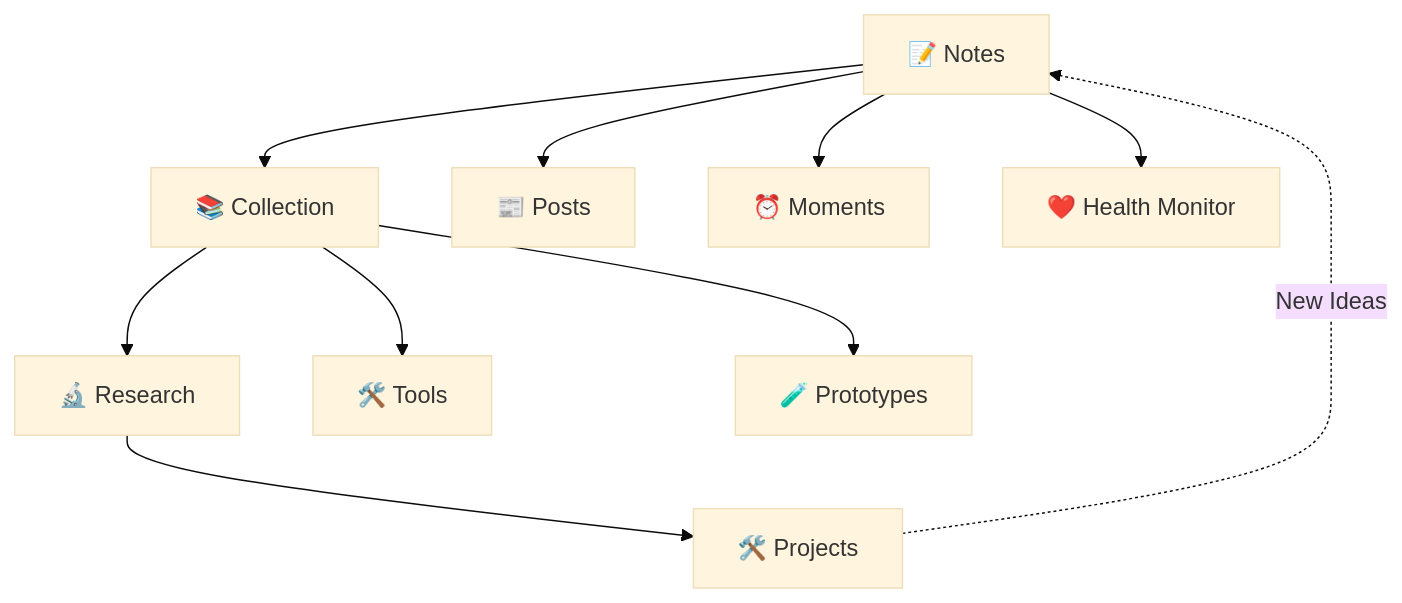
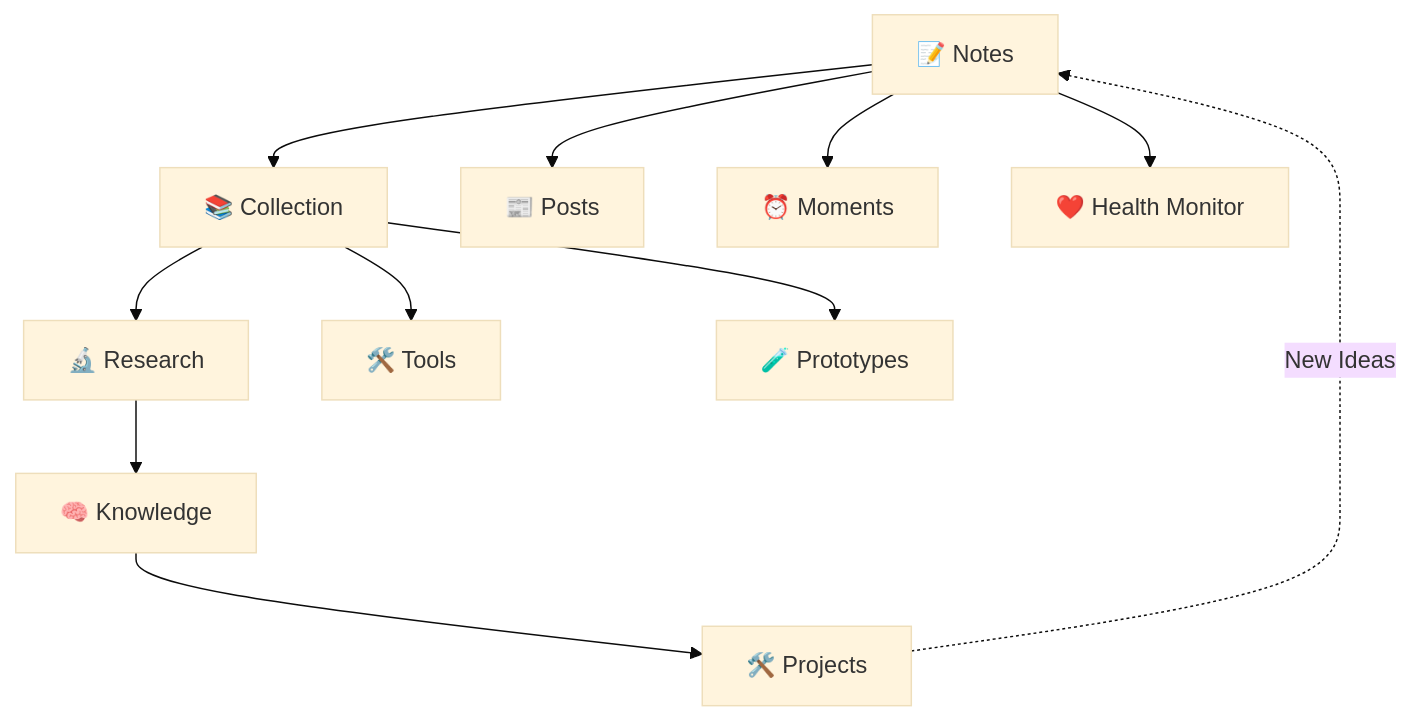
One commit to xiongjia/xiongjia.github.com changed the diagram in docs/notes/_index_content.md. Above: the diagram before and after it, drawn with Mermaid (base theme). The commit also changed other lines of this file and 77 other files, not shown here.

First line of the commit message:
feat(notes): knowledge base with object-storage signed URL topic and content back-link (#44)

````diff
--- a/docs/notes/_index_content.md
+++ b/docs/notes/_index_content.md
@@ -8,22 +10,24 @@
 ```mermaid
 graph TD
   A["📝 Notes"] --> B["📚 Collection"]
   B --> C["🔬 Research"]
-  C --> D["🛠️ Projects"]
+  C --> K["🧠 Knowledge"]
+  K --> D["🛠️ Projects"]
   D -.->|New Ideas| A
   A --> E["📰 Posts"]
   A --> F["⏰ Moments"]
   A --> G["❤️ Health Monitor"]
   B --> I["🛠️ Tools"]
   B --> H["🧪 Prototypes"]
 
   click A "/notes/" "Notes"
   click B "/notes/collection/" "Collection"
   click C "/notes/research/" "Research"
+  click K "/notes/knowledge/" "Knowledge"
   click D "/projects/" "Projects"
   click E "/notes/posts/" "Posts"
   click F "/moments/" "Moments"
   click G "/notes/health/" "Health Monitor"
   click H "/notes/prototypes/" "Prototypes"
   click I "/notes/tools/" "Tools"
 ```
````
